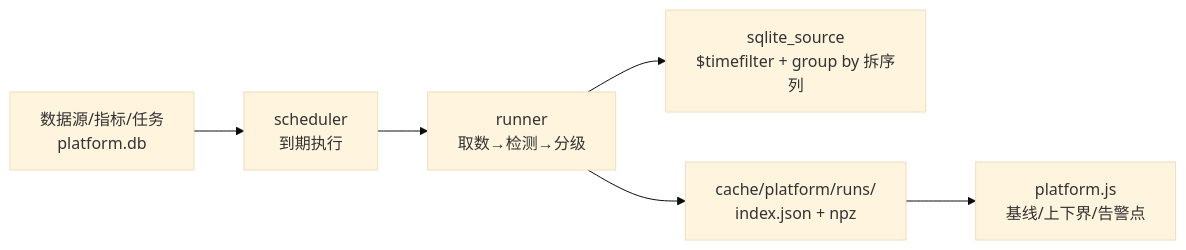
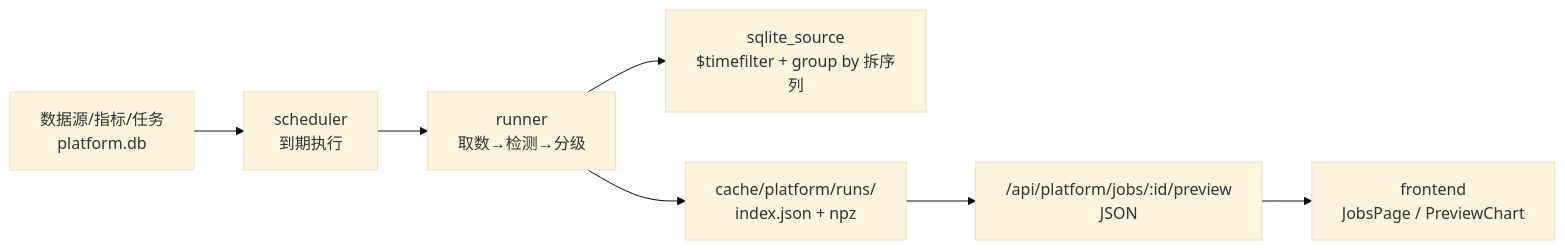
One commit to RiverWind1024/anomaly-lab changed the second of 3 diagrams in docs/ARCHITECTURE.md. Above: the diagram before and after it, drawn with Mermaid (base theme). The commit also changed other lines of this file and 2 other files, not shown here.

````diff
--- a/docs/ARCHITECTURE.md
+++ b/docs/ARCHITECTURE.md
@@ -62,8 +68,9 @@
 ```mermaid
 flowchart LR
   CFG[数据源/指标/任务<br/>platform.db] --> SCH[scheduler<br/>到期执行]
   SCH --> RUN[runner<br/>取数→检测→分级]
   RUN --> SRC[sqlite_source<br/>$timefilter + group by 拆序列]
   RUN --> NPZ[cache/platform/runs/<run_id><br/>index.json + npz]
-  NPZ --> UI[platform.js<br/>基线/上下界/告警点]
+  NPZ --> API["/api/platform/jobs/:id/preview<br/>JSON"]
+  API --> UI[frontend<br/>JobsPage / PreviewChart]
 ```
````
